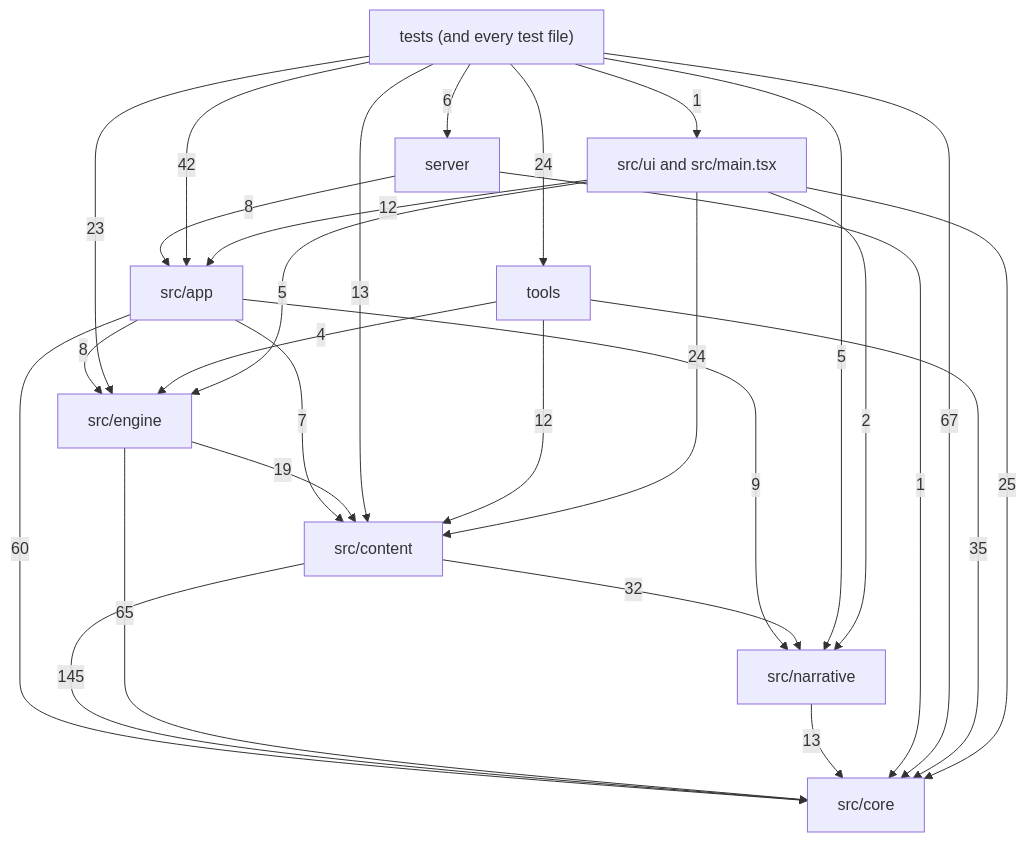
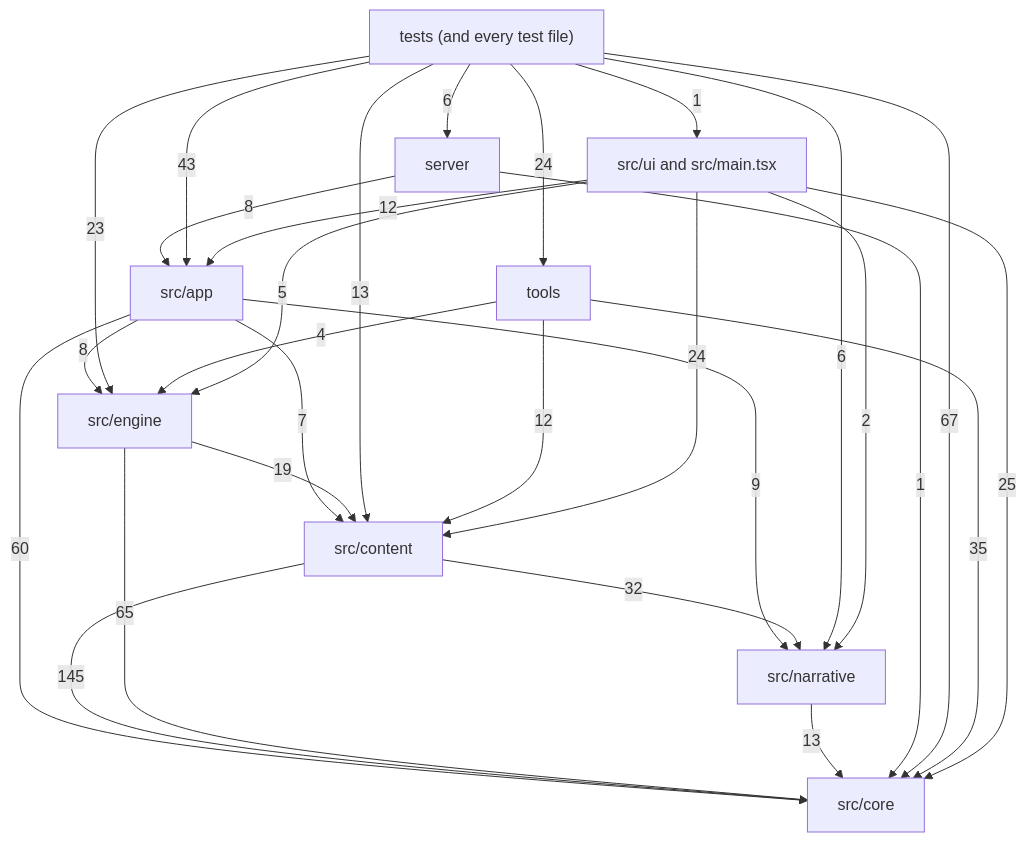
One commit to OrangeB0lt/Cyber-funk changed the diagram in docs/reference/code-map/README.md. Above: the diagram before and after it, drawn with Mermaid. The commit also changed 6 other files, not shown here.

````diff
--- a/docs/reference/code-map/README.md
+++ b/docs/reference/code-map/README.md
@@ -29,39 +29,39 @@
 ```mermaid
 flowchart TD
   core["src/core"]
   narrative["src/narrative"]
   content["src/content"]
   engine["src/engine"]
   app["src/app"]
   ui["src/ui and src/main.tsx"]
   server["server"]
   tools["tools"]
   tests["tests (and every test file)"]
   app -->|7| content
   app -->|60| core
   app -->|8| engine
   app -->|9| narrative
   content -->|145| core
   content -->|32| narrative
   engine -->|19| content
   engine -->|65| core
   narrative -->|13| core
   server -->|8| app
   server -->|1| core
-  tests -->|42| app
+  tests -->|43| app
   tests -->|13| content
   tests -->|67| core
   tests -->|23| engine
-  tests -->|5| narrative
+  tests -->|6| narrative
   tests -->|6| server
   tests -->|24| tools
   tests -->|1| ui
   tools -->|12| content
   tools -->|35| core
   tools -->|4| engine
   ui -->|12| app
   ui -->|24| content
   ui -->|25| core
   ui -->|5| engine
   ui -->|2| narrative
 ```
````
